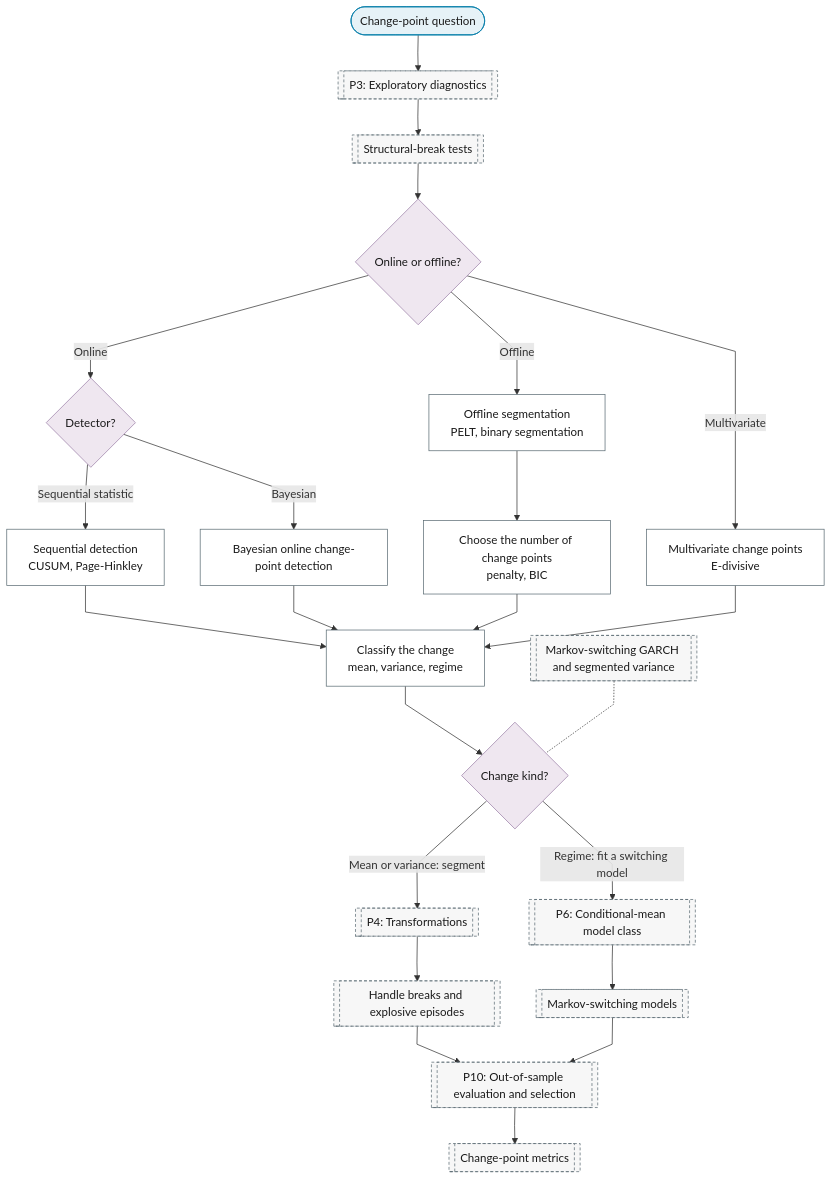
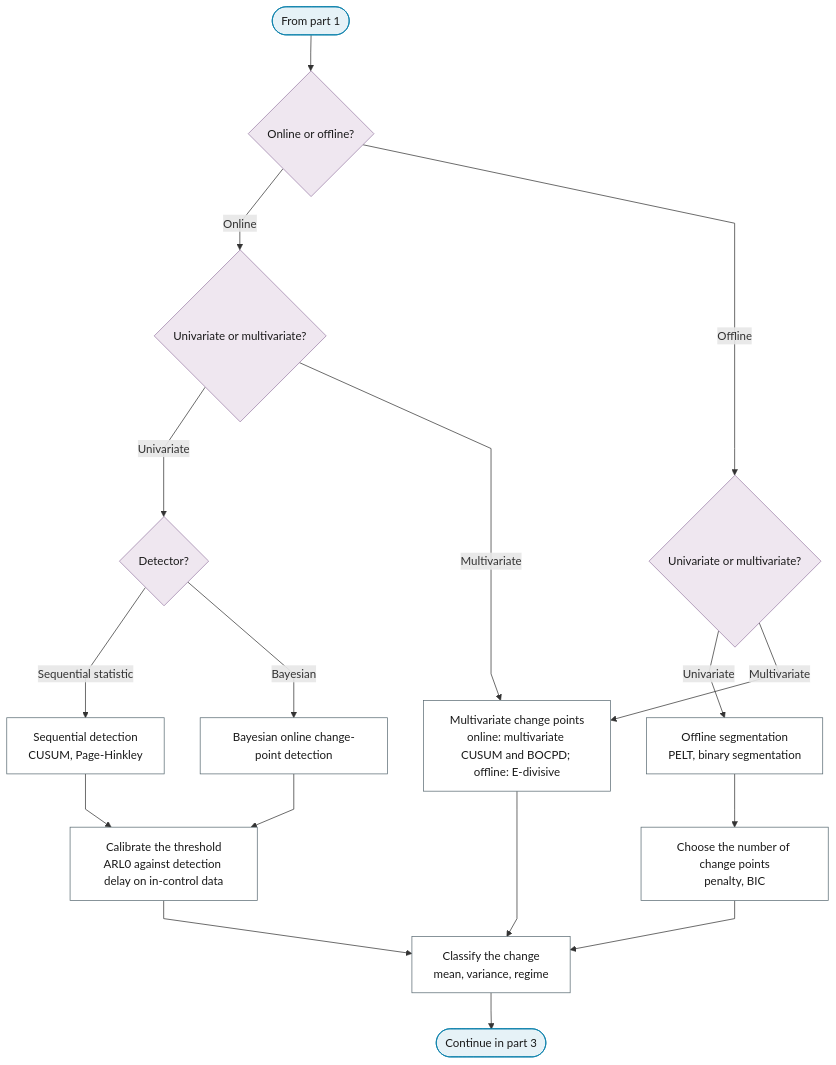
The second of 3 diagrams in docs/01-workflow/p00-purpose/04-change-point-detection.md (Shuxin-Y/time-series-analysis-manual), drawn with Mermaid before and after one commit. The commit also changed other lines of this file and 20 other files, not shown here.

````diff
--- a/docs/01-workflow/p00-purpose/04-change-point-detection.md
+++ b/docs/01-workflow/p00-purpose/04-change-point-detection.md
@@ -7,34 +45,28 @@
 ```mermaid
 %%{init: {"flowchart": {"curve": "linear"}}}%%
 graph TD
-    P0_CP_IN(["Change-point question"]) --> P3[["P3: Exploratory diagnostics"]]
-    P3 --> P3_STRUCTURAL_BREAKS[["Structural-break tests"]]
-    P3_STRUCTURAL_BREAKS --> P0_CP_MODE{"Online or offline?"}
-    P0_CP_MODE -->|"Online"| P0_CP_ONLINE{"Detector?"}
-    P0_CP_MODE -->|"Offline"| P0_CP_PELT["Offline segmentation<br/>PELT, binary segmentation"]
-    P0_CP_MODE -->|"Multivariate"| P0_CP_MULTIVARIATE["Multivariate change points<br/>E-divisive"]
+    P0_CP_PART_2_IN(["From part 1"]) --> P0_CP_MODE{"Online or offline?"}
+    P0_CP_MODE -->|"Online"| P0_CP_DIM_ONLINE{"Univariate or multivariate?"}
+    P0_CP_MODE -->|"Offline"| P0_CP_DIM_OFFLINE{"Univariate or multivariate?"}
+    P0_CP_DIM_ONLINE -->|"Univariate"| P0_CP_ONLINE{"Detector?"}
+    P0_CP_DIM_ONLINE -->|"Multivariate"| P0_CP_MULTIVARIATE
+    P0_CP_DIM_OFFLINE -->|"Univariate"| P0_CP_PELT["Offline segmentation<br/>PELT, binary segmentation"]
+    P0_CP_DIM_OFFLINE -->|"Multivariate"| P0_CP_MULTIVARIATE["Multivariate change points<br/>online: multivariate CUSUM and BOCPD; offline: E-divisive"]
     P0_CP_ONLINE -->|"Sequential statistic"| P0_CP_CUSUM["Sequential detection<br/>CUSUM, Page-Hinkley"]
     P0_CP_ONLINE -->|"Bayesian"| P0_CP_BOCPD["Bayesian online change-point detection"]
+    P0_CP_CUSUM & P0_CP_BOCPD --> P0_CP_CALIBRATE["Calibrate the threshold<br/>ARL0 against detection delay on in-control data"]
     P0_CP_PELT --> P0_CP_PENALTY["Choose the number of change points<br/>penalty, BIC"]
-    P0_CP_CUSUM & P0_CP_BOCPD & P0_CP_PENALTY & P0_CP_MULTIVARIATE --> P0_CP_TYPE["Classify the change<br/>mean, variance, regime"]
-    P0_CP_TYPE --> P0_CP_KIND{"Change kind?"}
-    P0_CP_KIND -->|"Mean or variance: segment"| P4[["P4: Transformations"]]
-    P0_CP_KIND -->|"Regime: fit a switching model"| P6[["P6: Conditional-mean model class"]]
-    P7_MS_GARCH[["Markov-switching GARCH and segmented variance"]] -.- P0_CP_KIND
-    P4 --> P4_BREAK_HANDLING[["Handle breaks and explosive episodes"]]
-    P6 --> P6_MARKOV_SWITCHING[["Markov-switching models"]]
-    P4_BREAK_HANDLING & P6_MARKOV_SWITCHING --> P10[["P10: Out-of-sample evaluation and selection"]]
-    P10 --> P10_CHANGE_POINT_METRICS[["Change-point metrics"]]
-    class P0_CP_IN terminator
-    class P0_CP_MODE,P0_CP_ONLINE,P0_CP_KIND decision
-    class P0_CP_PELT,P0_CP_MULTIVARIATE,P0_CP_CUSUM,P0_CP_BOCPD,P0_CP_PENALTY,P0_CP_TYPE process
-    class P3,P3_STRUCTURAL_BREAKS,P4,P6,P7_MS_GARCH,P4_BREAK_HANDLING,P6_MARKOV_SWITCHING,P10,P10_CHANGE_POINT_METRICS ref
+    P0_CP_CALIBRATE & P0_CP_PENALTY & P0_CP_MULTIVARIATE --> P0_CP_TYPE["Classify the change<br/>mean, variance, regime"]
+    P0_CP_TYPE --> P0_CP_PART_2_OUT(["Continue in part 3"])
+    class P0_CP_PART_2_IN,P0_CP_PART_2_OUT terminator
+    class P0_CP_MODE,P0_CP_DIM_ONLINE,P0_CP_DIM_OFFLINE,P0_CP_ONLINE decision
+    class P0_CP_PELT,P0_CP_MULTIVARIATE,P0_CP_CUSUM,P0_CP_BOCPD,P0_CP_CALIBRATE,P0_CP_PENALTY,P0_CP_TYPE process
     classDef terminator fill:#E6F2F7,stroke:#007BA7,color:#1A1A1A;
     classDef process fill:#FFFFFF,stroke:#5A6B73,color:#1A1A1A;
     classDef decision fill:#EFE7F0,stroke:#9B7FA7,color:#1A1A1A;
     classDef data fill:#FFF4E0,stroke:#C9A55E,color:#1A1A1A;
     classDef good fill:#DCEFD8,stroke:#4A7A3F,color:#1A1A1A;
     classDef escalate fill:#FFE9C2,stroke:#C9A55E,color:#1A1A1A;
     classDef problem fill:#F2D9DE,stroke:#800020,color:#1A1A1A;
     classDef ref fill:#F7F7F7,stroke:#5A6B73,color:#1A1A1A,stroke-dasharray:4 3;
 ```
````
